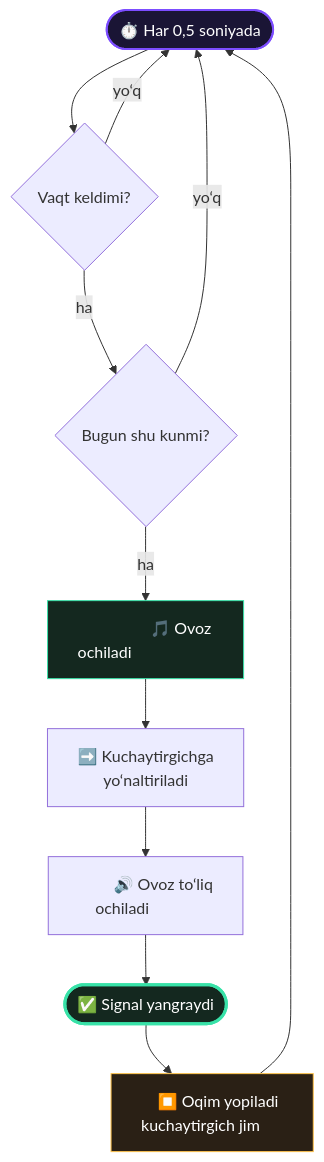
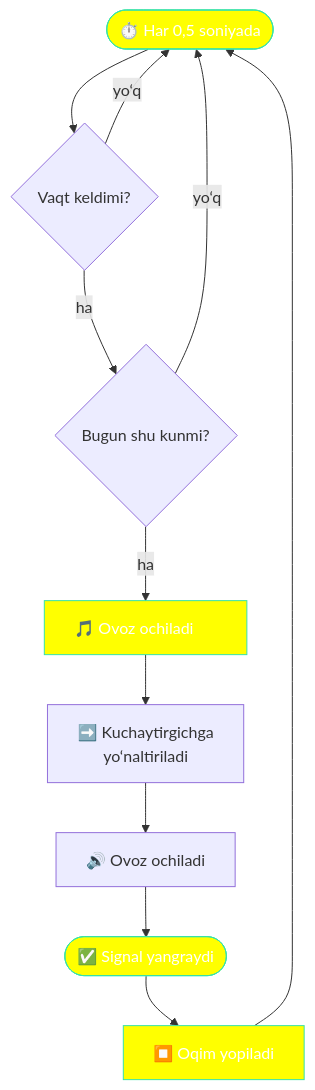
One commit to mr-ikromov/school_bell_system changed the second of 4 diagrams in README.md. Above: the diagram before and after it, drawn with Mermaid. The commit also changed other lines of this file and 1 other file, not shown here.

````diff
--- a/README.md
+++ b/README.md
@@ -135,19 +90,18 @@
 ```mermaid
 %%{init: {'flowchart': {'wrappingWidth': 600}}}%%
 flowchart TD
     A(["⏱️ Har 0,5 soniyada"]) --> B{"Vaqt keldimi?"}
     B -->|yo‘q| A
     B -->|ha| C{"Bugun shu kunmi?"}
     C -->|yo‘q| A
-    C -->|ha| D["⠀⠀⠀⠀⠀⠀🎵 Ovoz<br/>ochiladi⠀⠀⠀⠀⠀⠀⠀"]
+    C -->|ha| D["🎵 Ovoz ochiladi⠀⠀"]
     D --> E["➡️ Kuchaytirgichga<br/>yo‘naltiriladi"]
-    E --> F["⠀⠀⠀🔊 Ovoz to‘liq<br/>ochiladi⠀⠀⠀⠀"]
+    E --> F["🔊 Ovoz ochiladi"]
     F --> G(["✅ Signal yangraydi"])
-    G --> H["⠀⏹️ Oqim yopiladi<br/>kuchaytirgich jim⠀⠀"]
+    G --> H["⏹️ Oqim yopiladi"]
     H --> A
-
-    style A fill:#1a1535,stroke:#7c4dff,stroke-width:2px,color:#fff
-    style D fill:#14281f,stroke:#38e2a8,color:#fff
-    style G fill:#14281f,stroke:#38e2a8,stroke-width:3px,color:#fff
-    style H fill:#2a2015,stroke:#ffc44d,color:#fff
+    style A fill:yellow, stroke:#38e2a8, stroke-width:1px, color:#fff
+    style D fill:yellow, stroke:#38e2a8, color:#fff
+    style G fill:yellow, stroke:#38e2a8, stroke-width:1px, color:#fff
+    style H fill:yellow, stroke:#38e2a8, color:#fff
 ```
````
